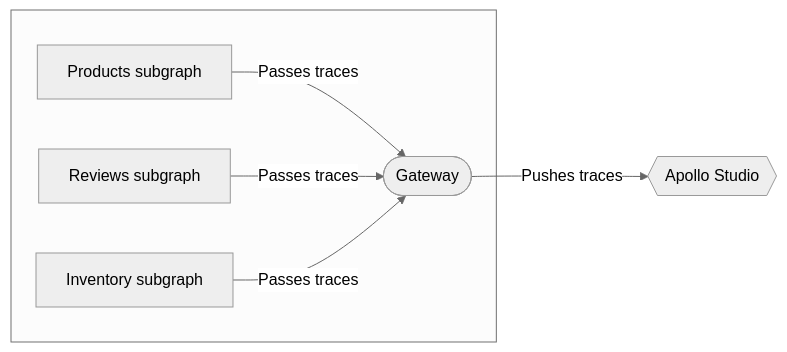
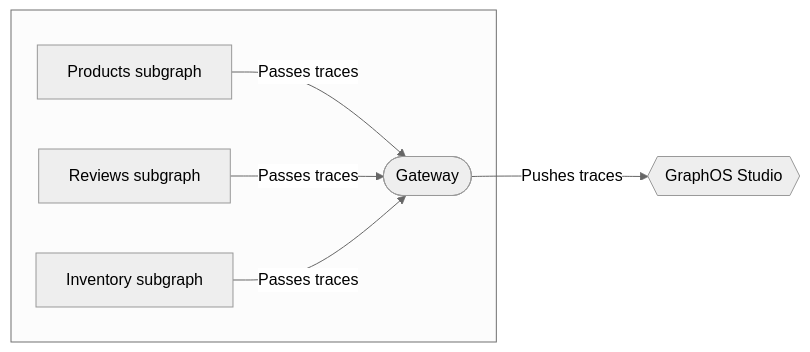
One commit to apollographql/federation changed the diagram in docs/source/performance/monitoring.mdx. Above: the diagram before and after it, drawn with Mermaid (neutral theme). The commit also changed other lines of this file and 21 other files, not shown here.

````diff
--- a/docs/source/performance/monitoring.mdx
+++ b/docs/source/performance/monitoring.mdx
@@ -20,13 +20,13 @@
 ```mermaid
 graph LR;
-  studio{{Apollo Studio}};
+  studio{{GraphOS Studio}};
   subgraph " "
     gateway([Gateway]);
     serviceA[Products subgraph];
     serviceB[Reviews subgraph];
     serviceC[Inventory subgraph];
   end
   gateway -- Pushes traces --> studio;
   serviceA & serviceB & serviceC -- Passes traces --> gateway;
   class studio secondary;
 ```
````
